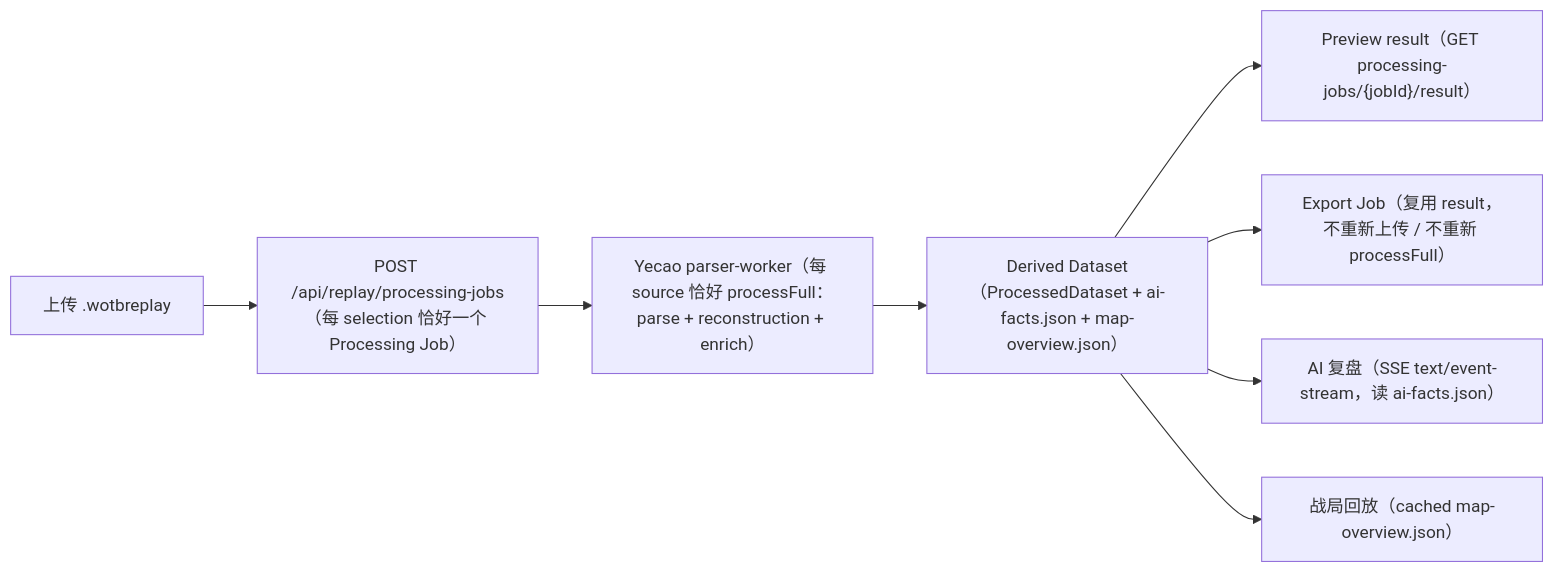
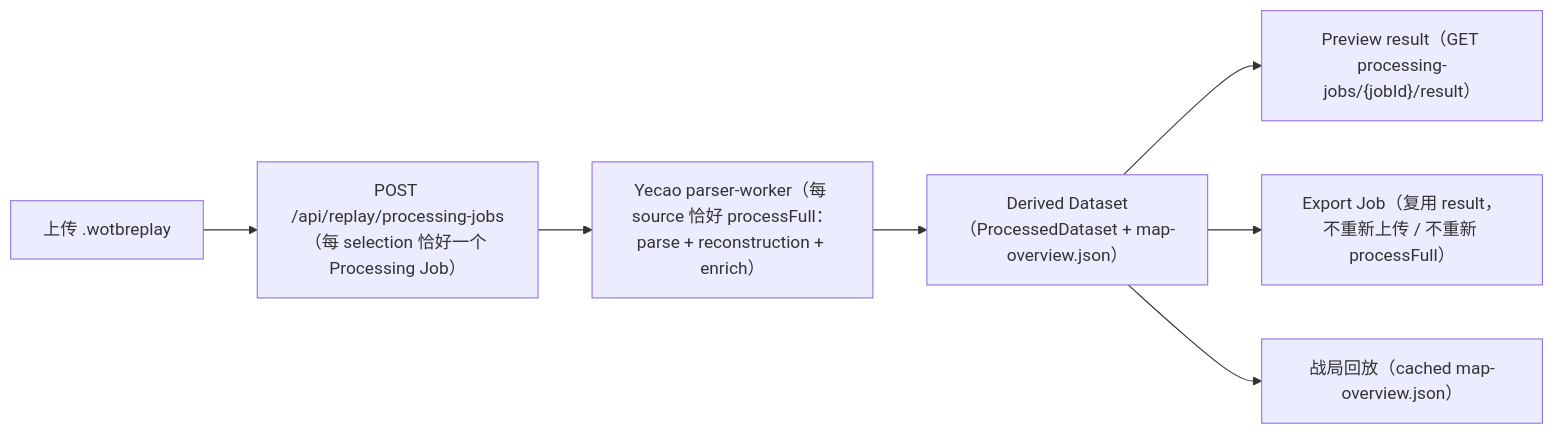
One commit to A158Coke/WotbTools changed the diagram in README.md. Above: the diagram before and after it, drawn with Mermaid. The commit also changed other lines of this file and 13 other files, not shown here.

````diff
--- a/README.md
+++ b/README.md
@@ -19,10 +19,9 @@
 ```mermaid
 flowchart LR
     A["上传 .wotbreplay"] --> B["POST /api/replay/processing-jobs（每 selection 恰好一个 Processing Job）"]
     B --> C["Yecao parser-worker（每 source 恰好 processFull：parse + reconstruction + enrich）"]
-    C --> D["Derived Dataset（ProcessedDataset + ai-facts.json + map-overview.json）"]
+    C --> D["Derived Dataset（ProcessedDataset + map-overview.json）"]
     D --> E["Preview result（GET processing-jobs/{jobId}/result）"]
     D --> F["Export Job（复用 result，不重新上传 / 不重新 processFull）"]
-    D --> G["AI 复盘（SSE text/event-stream，读 ai-facts.json）"]
     D --> H["战局回放（cached map-overview.json）"]
 ```
````
